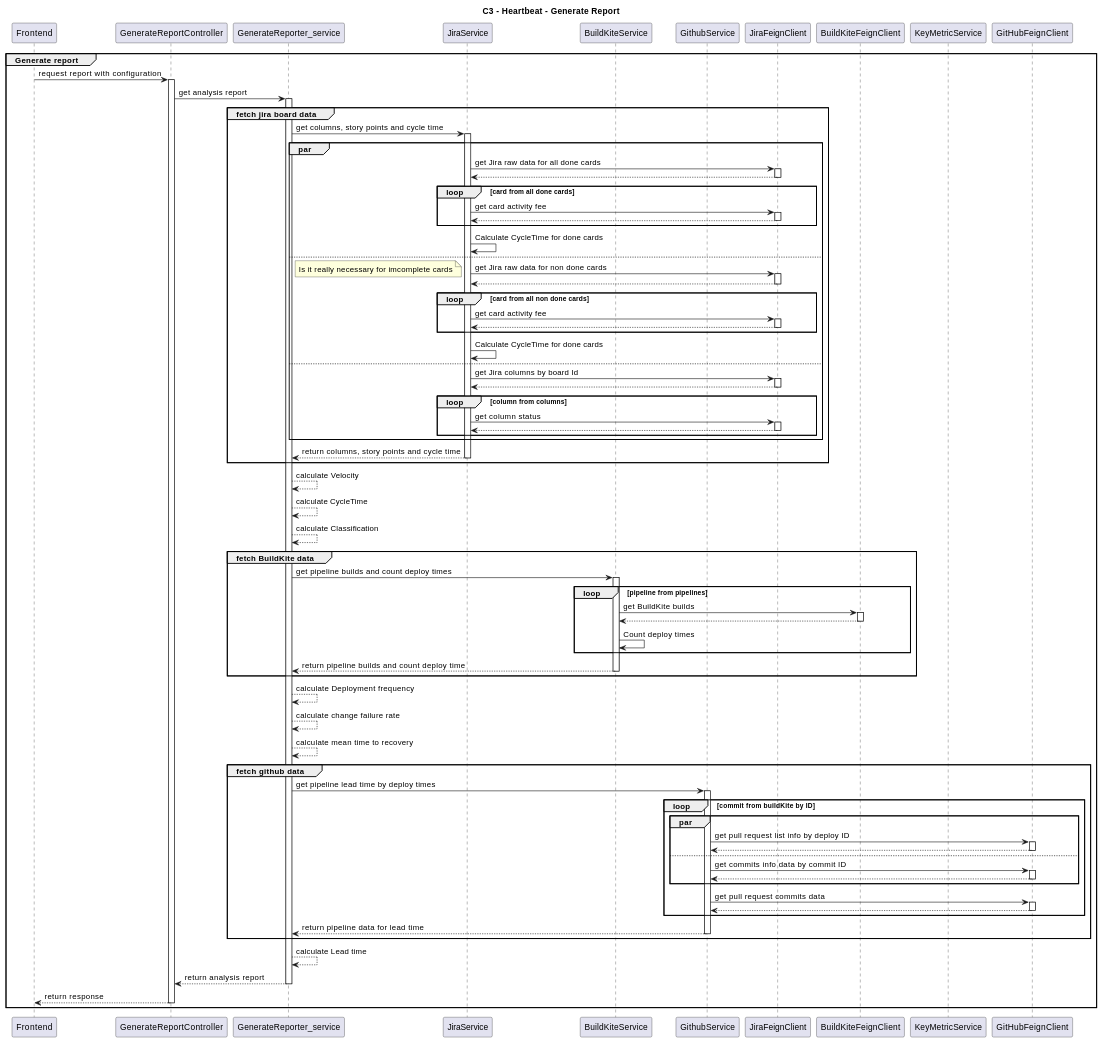
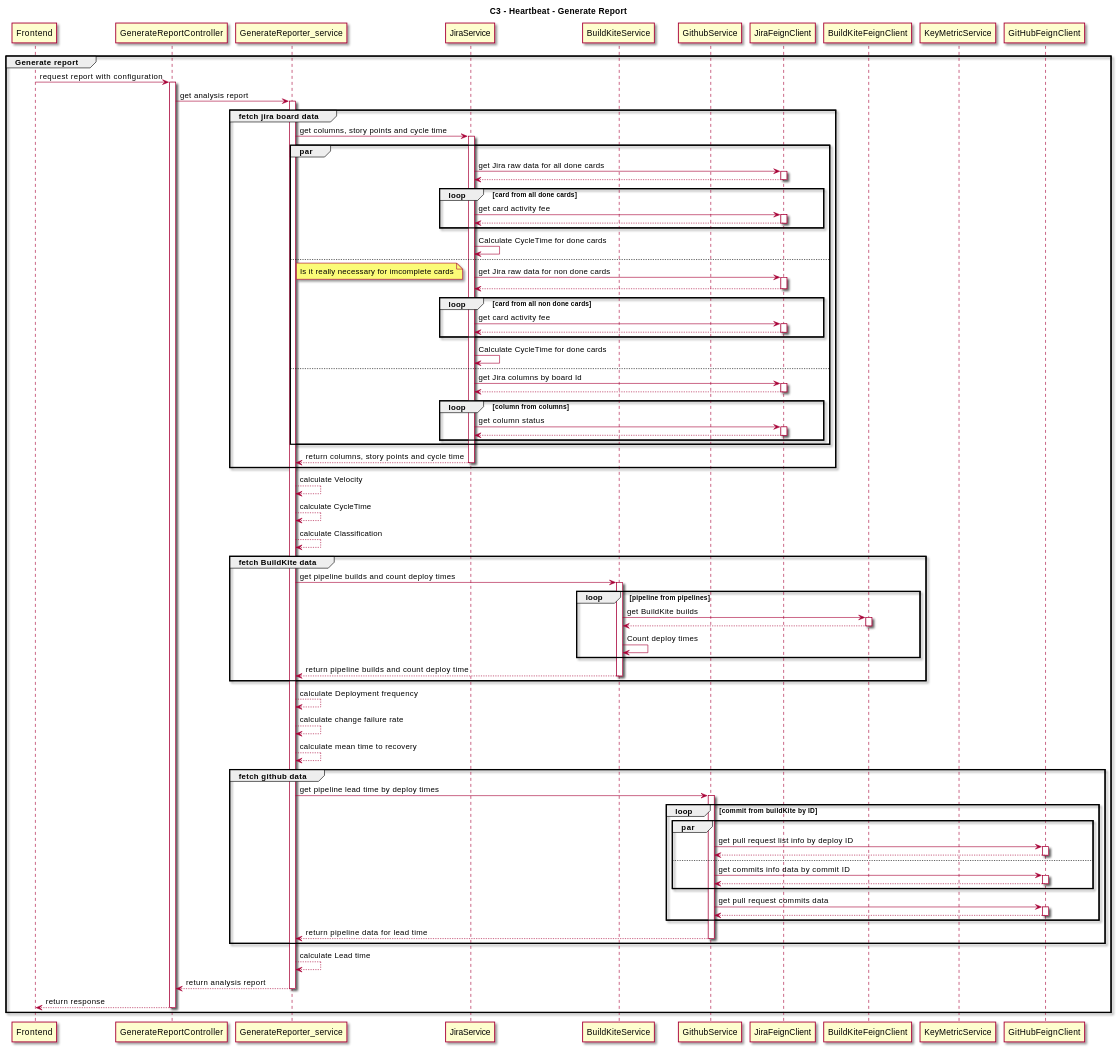
The diagram in docs/src/pages/en/dev-center/sequence-diagram.md (thoughtworks/HeartBeat), drawn with PlantUML before and after one commit. The commit also changed 4 other files, not shown here.

````diff
--- a/docs/src/pages/en/dev-center/sequence-diagram.md
+++ b/docs/src/pages/en/dev-center/sequence-diagram.md
@@ -9,5 +9,6 @@
 ```plantuml
 @startuml
+skin rose
 title C3 - Heartbeat - Generate Report
 participant Frontend
 participant GenerateReportController
````
